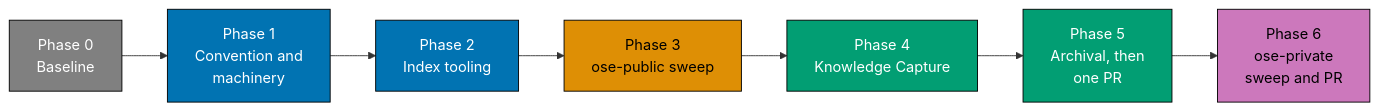
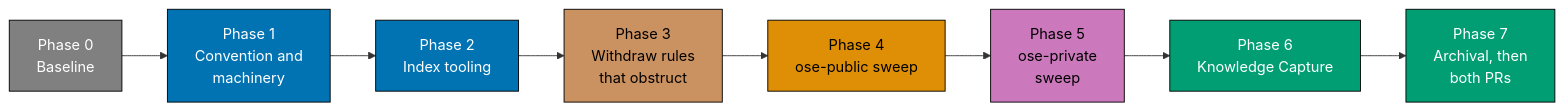
One commit to wahidyankf/open-sharia-fintech changed the third of 3 diagrams in plans/in-progress/repo-rules-sweep/tech-docs.md. Above: the diagram before and after it, drawn with Mermaid. The commit also changed other lines of this file and 4 other files, not shown here.

First line of the commit message:
docs(plans): add WS-C to the repo-rules-sweep plan

````diff
--- a/plans/in-progress/repo-rules-sweep/tech-docs.md
+++ b/plans/in-progress/repo-rules-sweep/tech-docs.md
@@ -173,17 +189,19 @@
 ```mermaid
 flowchart LR
     P0["Phase 0<br/>Baseline"] --> P1["Phase 1<br/>Convention and<br/>machinery"]
     P1 --> P2["Phase 2<br/>Index tooling"]
-    P2 --> P3["Phase 3<br/>ose-public sweep"]
-    P3 --> P4["Phase 4<br/>Knowledge Capture"]
-    P4 --> P5["Phase 5<br/>Archival, then<br/>one PR"]
-    P5 --> P6["Phase 6<br/>ose-private<br/>sweep and PR"]
+    P2 --> P3["Phase 3<br/>Withdraw rules<br/>that obstruct"]
+    P3 --> P4["Phase 4<br/>ose-public sweep"]
+    P4 --> P5["Phase 5<br/>ose-private<br/>sweep"]
+    P5 --> P6["Phase 6<br/>Knowledge Capture"]
+    P6 --> P7["Phase 7<br/>Archival, then<br/>both PRs"]
 
     style P0 fill:#808080,stroke:#000000,color:#FFFFFF
     style P1 fill:#0173B2,stroke:#000000,color:#FFFFFF
     style P2 fill:#0173B2,stroke:#000000,color:#FFFFFF
-    style P3 fill:#DE8F05,stroke:#000000,color:#000000
-    style P4 fill:#029E73,stroke:#000000,color:#FFFFFF
-    style P5 fill:#029E73,stroke:#000000,color:#FFFFFF
-    style P6 fill:#CC78BC,stroke:#000000,color:#000000
+    style P3 fill:#CA9161,stroke:#000000,color:#000000
+    style P4 fill:#DE8F05,stroke:#000000,color:#000000
+    style P5 fill:#CC78BC,stroke:#000000,color:#000000
+    style P6 fill:#029E73,stroke:#000000,color:#FFFFFF
+    style P7 fill:#029E73,stroke:#000000,color:#FFFFFF
 ```
````
